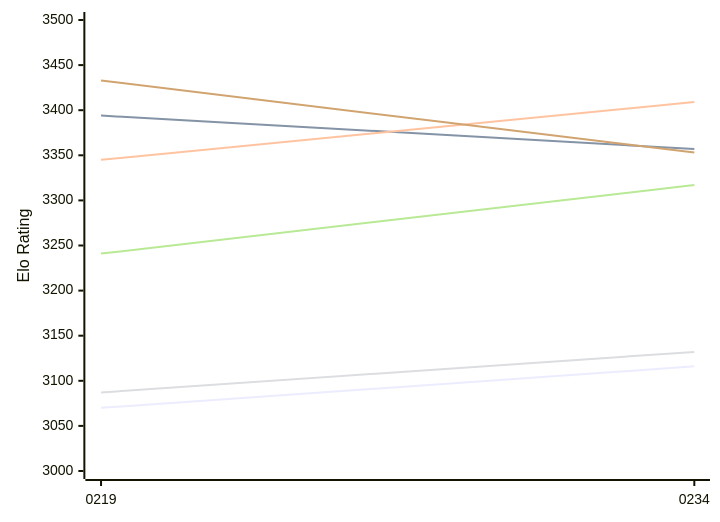
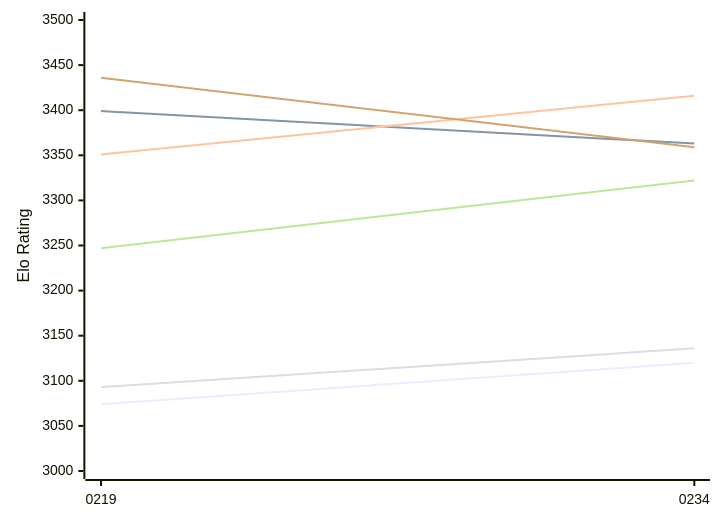
Before and after one commit to computer-chess-index/cci: the first of 2 diagrams in engines/Ynode.md, drawn with Mermaid. The commit also changed other lines of this file, not shown here.

Commit message:
Update CCI Ratings (ELO VLTC) - 2026-11-20

````diff
--- a/engines/Ynode.md
+++ b/engines/Ynode.md
@@ -50,12 +50,12 @@
 ```mermaid
 %%{init: {"theme":"base","themeVariables":{"seriesColors:['#a3a3a3','#222221','#faa371']}}}%%
 xychart-beta
   x-axis ["0219", "0234"]
   y-axis "Elo Rating" 3000 --> 3500
-  line "E1: STC (8.0+0.08s)" [3070, 3116]
-  line "E1: LTC (60.0+0.60s)" [3394, 3357]
-  line "E1: VLTC (2m24s+1.12s)" [3345, 3409]
-  line "P1: STC (8.0+0.08s)" [3087, 3132]
-  line "P1: LTC (60.0+0.60s)" [3241, 3317]
-  line "P1: VLTC (2m24s+1.12s)" [3433, 3353]
+  line "E1: STC (8.0+0.08s)" [3074, 3120]
+  line "E1: LTC (60.0+0.60s)" [3399, 3363]
+  line "E1: VLTC (2m24s+1.12s)" [3351, 3416]
+  line "P1: STC (8.0+0.08s)" [3093, 3136]
+  line "P1: LTC (60.0+0.60s)" [3247, 3322]
+  line "P1: VLTC (2m24s+1.12s)" [3436, 3359]
 ```
````
